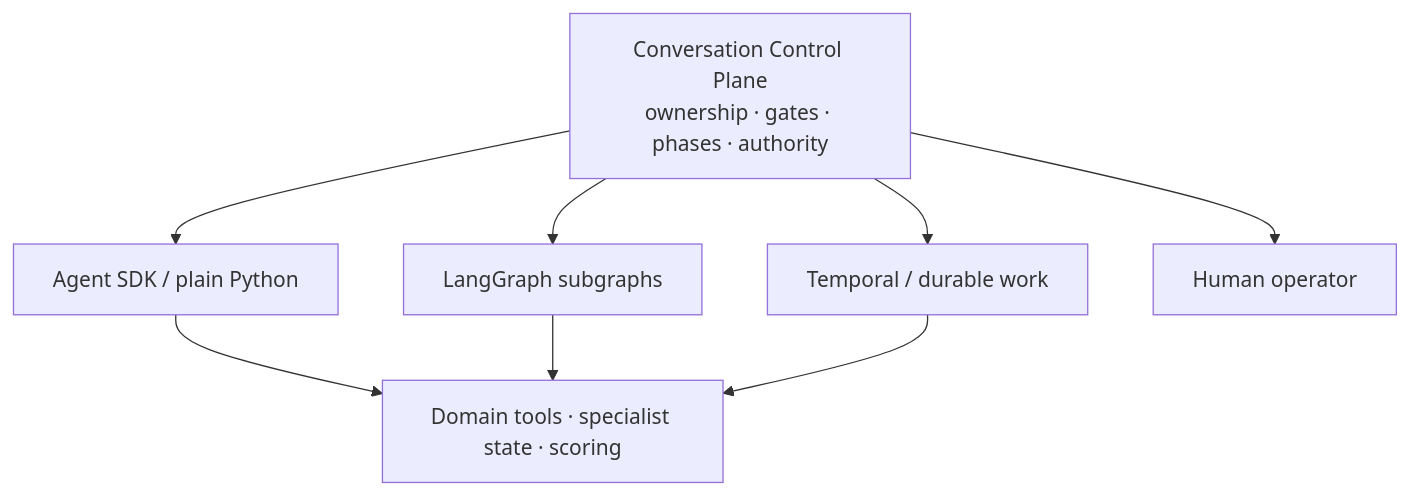
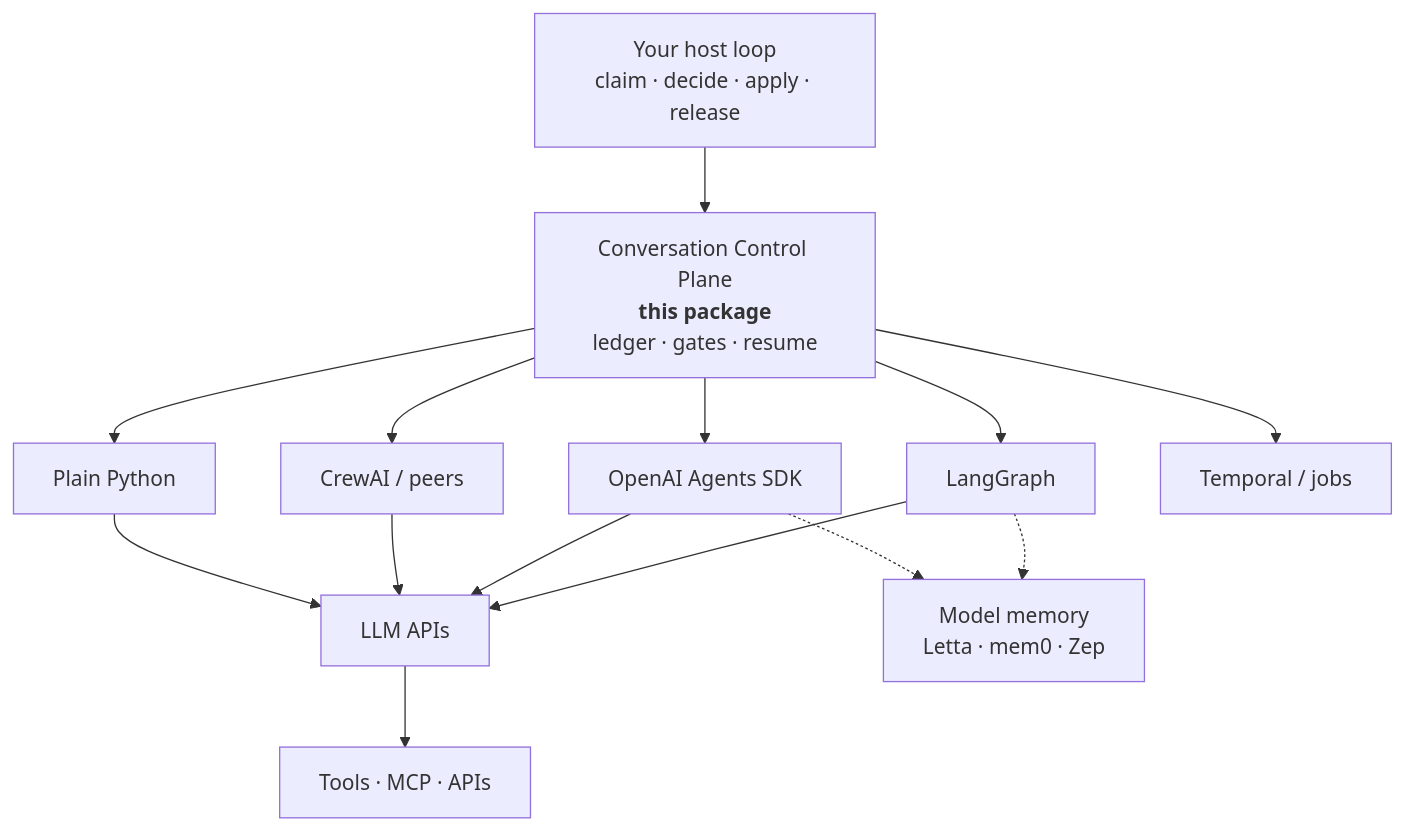
The diagram in README.md (walidnegm/conversation-control-plane), drawn with Mermaid before and after one commit. The commit also changed other lines of this file, not shown here.

First line of the commit message:
docs(readme): early ecosystem stack map + package on-ramp

````diff
--- a/README.md
+++ b/README.md
@@ -122,11 +71,18 @@
 ```mermaid
 flowchart TB
-    CCP["Conversation Control Plane<br/>ownership · gates · phases · authority"]
-    CCP --> AS["Agent SDK / plain Python"]
-    CCP --> LG["LangGraph subgraphs"]
-    CCP --> TMP["Temporal / durable work"]
-    CCP --> HUM["Human operator"]
-    AS --> DOM["Domain tools · specialist state · scoring"]
-    LG --> DOM
-    TMP --> DOM
+  HOST["Your host loop<br/>claim · decide · apply · release"]
+  CCP["Conversation Control Plane<br/><b>this package</b><br/>ledger · gates · resume"]
+  HOST --> CCP
+  CCP --> LG["LangGraph"]
+  CCP --> OAI["OpenAI Agents SDK"]
+  CCP --> CREW["CrewAI / peers"]
+  CCP --> PY["Plain Python"]
+  CCP --> TMP["Temporal / jobs"]
+  LG --> LLM["LLM APIs"]
+  OAI --> LLM
+  CREW --> LLM
+  PY --> LLM
+  LLM --> TOOL["Tools · MCP · APIs"]
+  LG -.-> MEM["Model memory<br/>Letta · mem0 · Zep"]
+  OAI -.-> MEM
 ```
````
